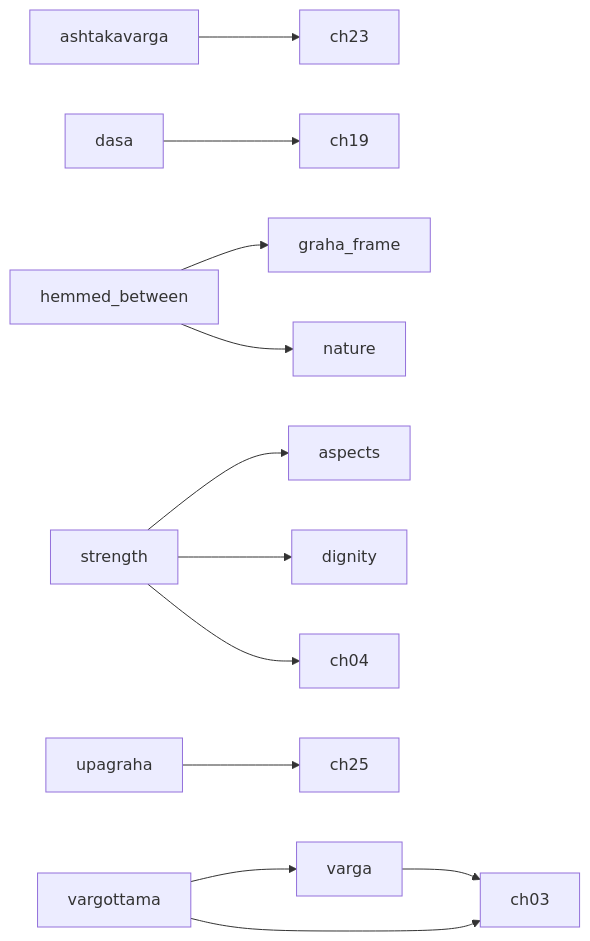
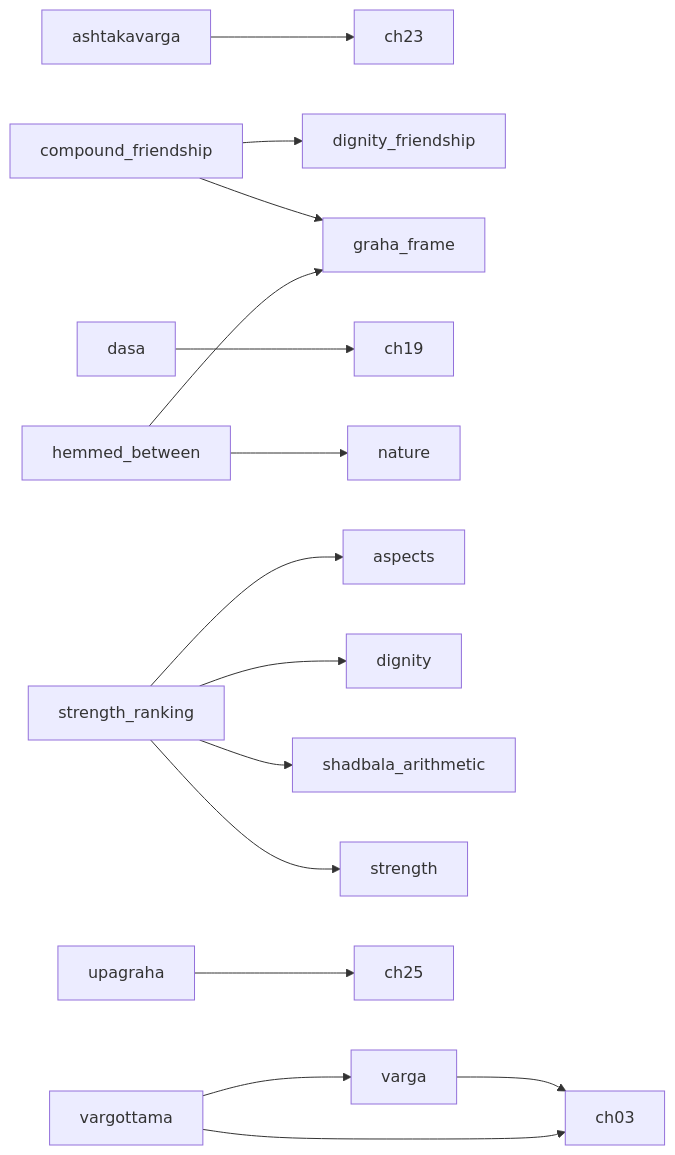
The diagram in Reports/PHASE3_PLAN.md (tarunrameshphotography/Vedic-AI), drawn with Mermaid before and after one commit. The commit also changed other lines of this file and 13 other files, not shown here.

````diff
--- a/Reports/PHASE3_PLAN.md
+++ b/Reports/PHASE3_PLAN.md
@@ -36,14 +47,17 @@
 ```mermaid
 graph LR
   ashtakavarga --> ch23
+  compound_friendship --> dignity_friendship
+  compound_friendship --> graha_frame
   dasa --> ch19
   hemmed_between --> graha_frame
   hemmed_between --> nature
-  strength --> aspects
-  strength --> dignity
-  strength --> ch04
+  strength_ranking --> aspects
+  strength_ranking --> dignity
+  strength_ranking --> shadbala_arithmetic
+  strength_ranking --> strength
   upagraha --> ch25
   varga --> ch03
   vargottama --> varga
   vargottama --> ch03
 ```
````
